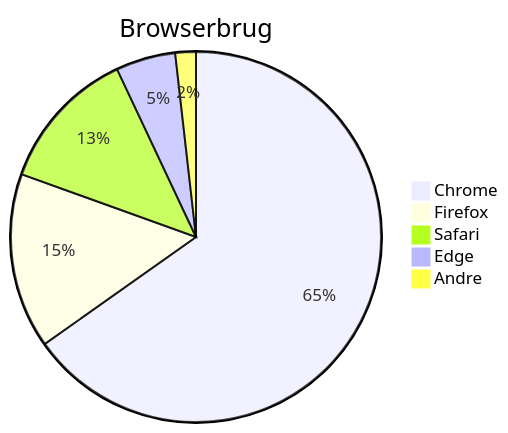
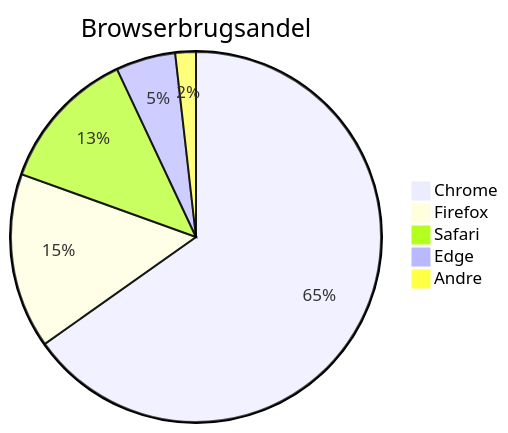
One commit to zccz14/CZON changed the sixth of 7 diagrams in .czon/src/da-DK/8938d6aac9c056c06137a041b8e82379bfb619bb6d435b9ecec515337dd0cd69.md. Above: the diagram before and after it, drawn with Mermaid. The commit also changed other lines of this file and 148 other files, not shown here.

````diff
--- a/.czon/src/da-DK/8938d6aac9c056c06137a041b8e82379bfb619bb6d435b9ecec515337dd0cd69.md
+++ b/.czon/src/da-DK/8938d6aac9c056c06137a041b8e82379bfb619bb6d435b9ecec515337dd0cd69.md
@@ -103,8 +102,8 @@
 ```mermaid
-pie title Browserbrug
+pie title Browserbrugsandel
     "Chrome" : 65.2
     "Firefox" : 15.3
     "Safari" : 12.5
     "Edge" : 5.2
     "Andre" : 1.8
 ```
````
